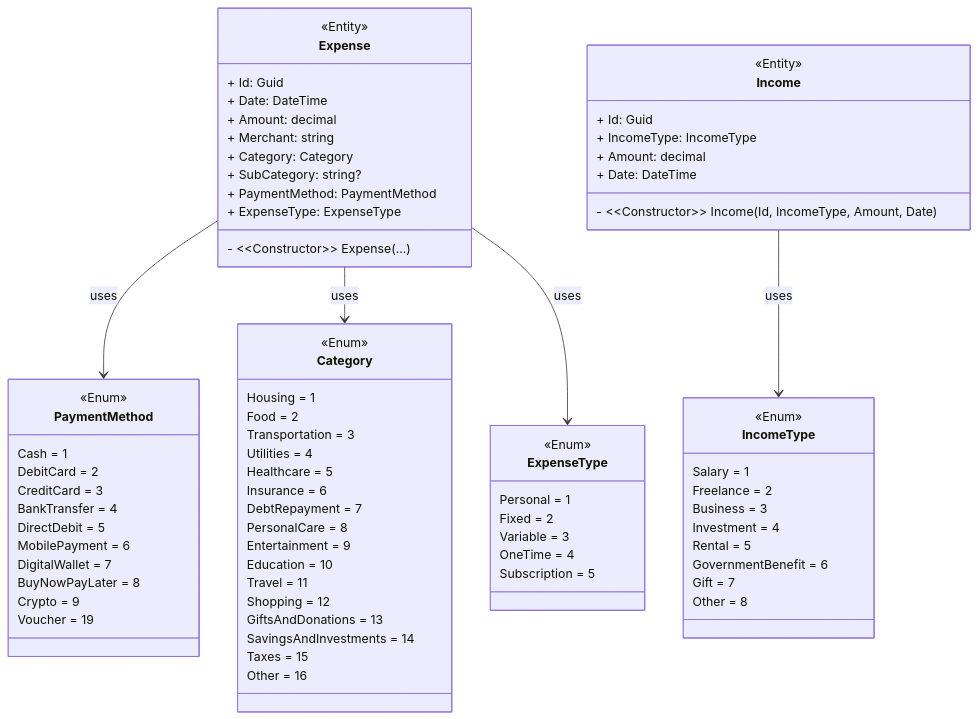
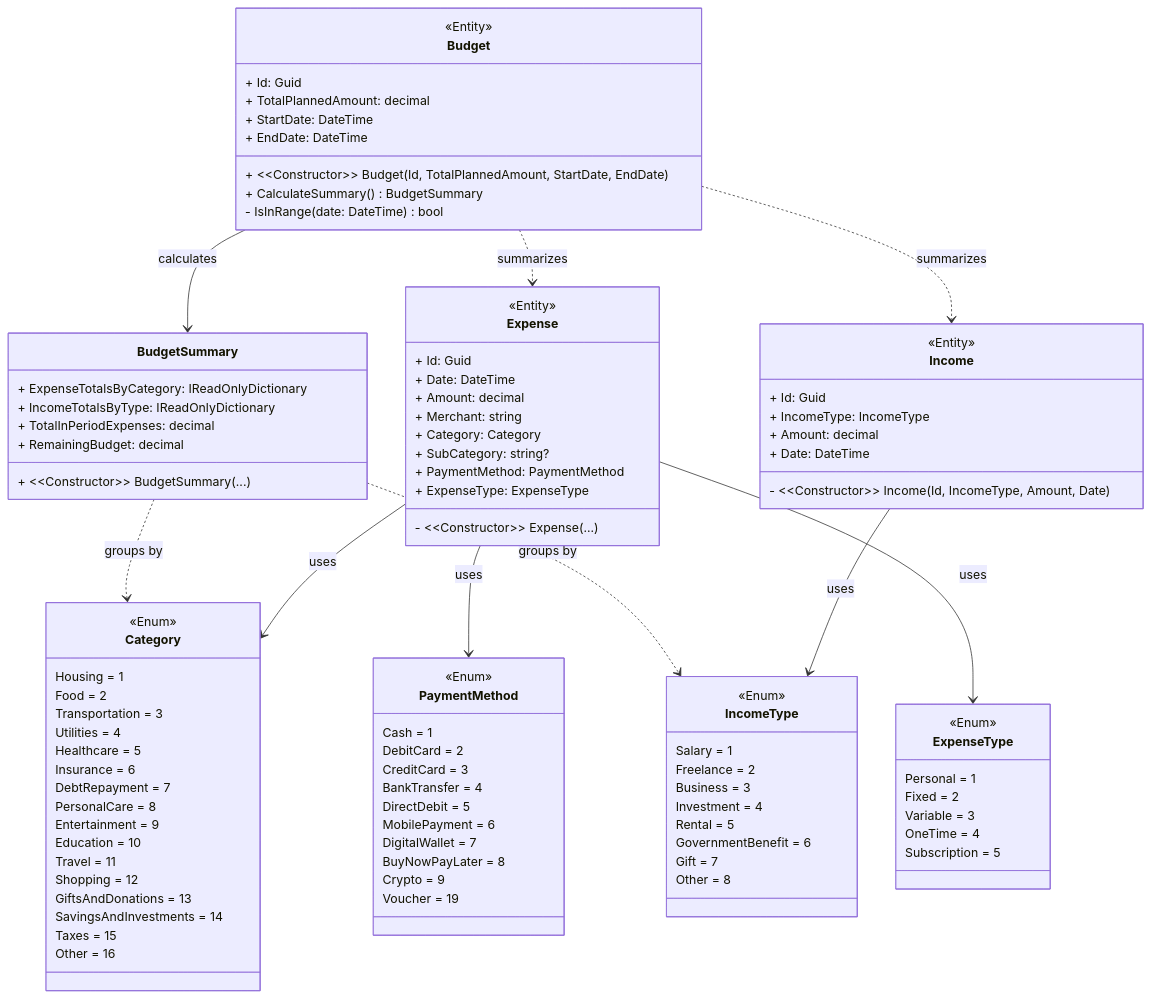
The diagram in README.md (jannikwk/budget-tracker-api), drawn with Mermaid before and after one commit. The commit also changed 2 other files, not shown here.

Commit message:
Add simple budget Domain-model (#3)
- Implement Budget class with validation & summary calculation
- Add Budget & BudgetSummary to Class-diagram

````diff
--- a/README.md
+++ b/README.md
@@ -88,4 +88,29 @@
     }
 
     Income --> IncomeType : uses
+    
+    class Budget {
+        <<Entity>>
+        + Id: Guid
+        + TotalPlannedAmount: decimal
+        + StartDate: DateTime
+        + EndDate: DateTime
+        + ~~Constructor~~ Budget(Id, TotalPlannedAmount, StartDate, EndDate)
+        + CalculateSummary() BudgetSummary
+        - IsInRange(date: DateTime) bool
+    }
+    
+    class BudgetSummary {
+        + ExpenseTotalsByCategory: IReadOnlyDictionary<Category, decimal>
+        + IncomeTotalsByType: IReadOnlyDictionary<IncomeType, decimal>
+        + TotalInPeriodExpenses: decimal
+        + RemainingBudget: decimal
+        + ~~Constructor~~ BudgetSummary(...)
+    }
+    
+    Budget --> BudgetSummary : calculates
+    Budget ..> Expense : summarizes
+    Budget ..> Income : summarizes
+    BudgetSummary ..> Category : groups by
+    BudgetSummary ..> IncomeType : groups by
 ```
````
